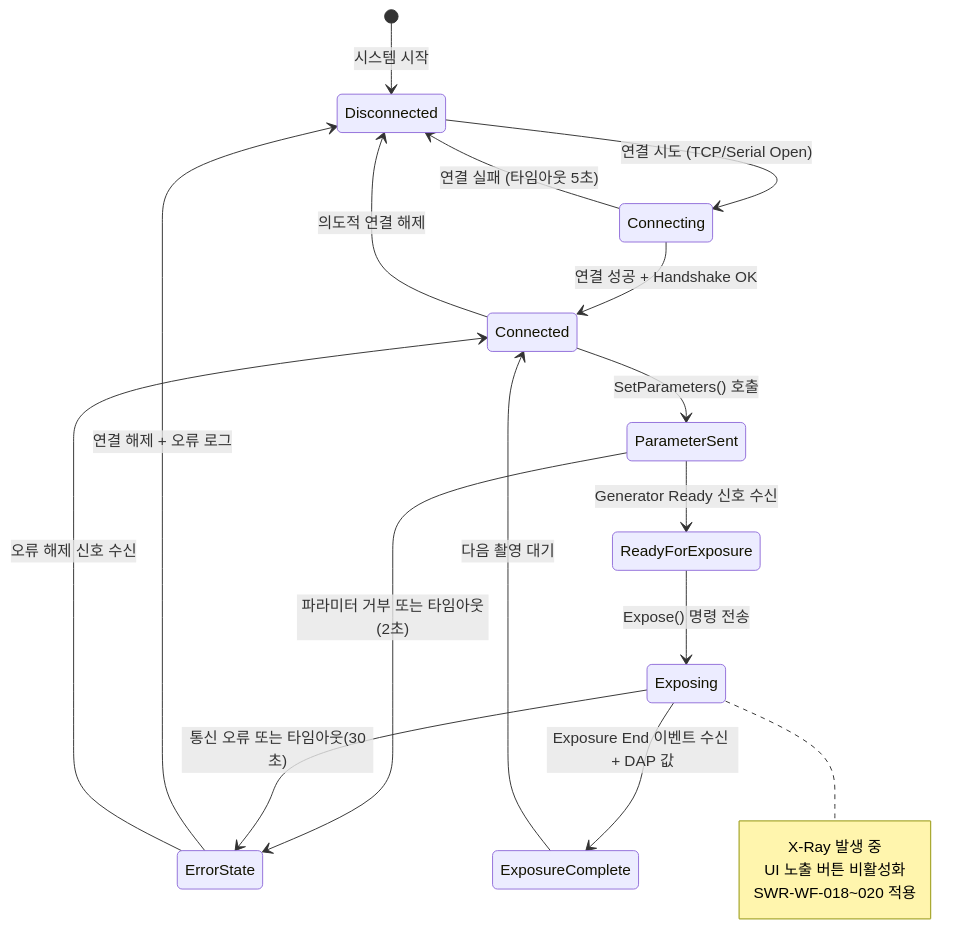
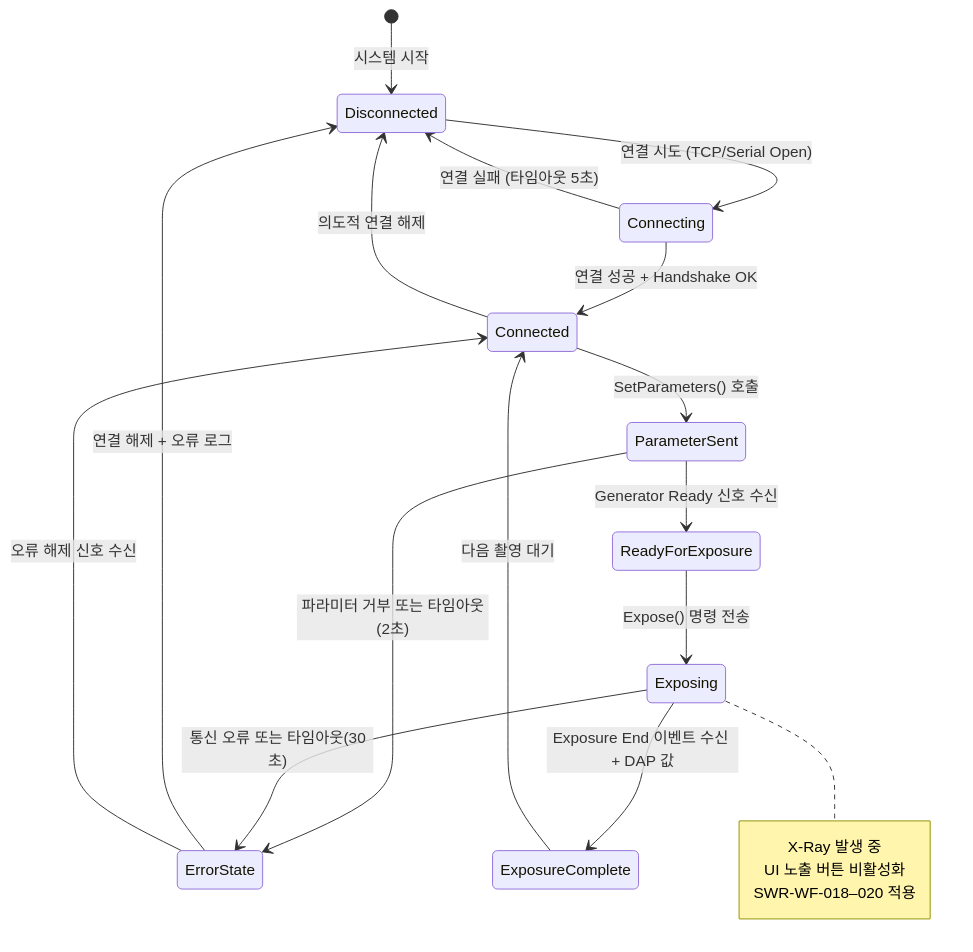
One commit to holee9/console-gui changed the fifth of 8 diagrams in docs/planning/DOC-004_FRS_v2.0.md. Above: the diagram before and after it, drawn with Mermaid. The commit also changed other lines of this file and 39 other files, not shown here.

````diff
--- a/docs/planning/DOC-004_FRS_v2.0.md
+++ b/docs/planning/DOC-004_FRS_v2.0.md
@@ -701,29 +701,29 @@
 ```mermaid
 stateDiagram-v2
     [*] --> Disconnected : 시스템 시작
 
     Disconnected --> Connecting : 연결 시도 (TCP/Serial Open)
     Connecting --> Connected : 연결 성공 + Handshake OK
     Connecting --> Disconnected : 연결 실패 (타임아웃 5초)
 
     Connected --> ParameterSent : SetParameters() 호출
     ParameterSent --> ReadyForExposure : Generator Ready 신호 수신
     ParameterSent --> ErrorState : 파라미터 거부 또는 타임아웃(2초)
 
     ReadyForExposure --> Exposing : Expose() 명령 전송
     Exposing --> ExposureComplete : Exposure End 이벤트 수신 + DAP 값
     Exposing --> ErrorState : 통신 오류 또는 타임아웃(30초)
 
     ExposureComplete --> Connected : 다음 촬영 대기
 
     ErrorState --> Disconnected : 연결 해제 + 오류 로그
     ErrorState --> Connected : 오류 해제 신호 수신
 
     Connected --> Disconnected : 의도적 연결 해제
 
     note right of Exposing
         X-Ray 발생 중
         UI 노출 버튼 비활성화
-        SWR-WF-018~020 적용
+        SWR-WF-018–020 적용
     end note
 ```
````
